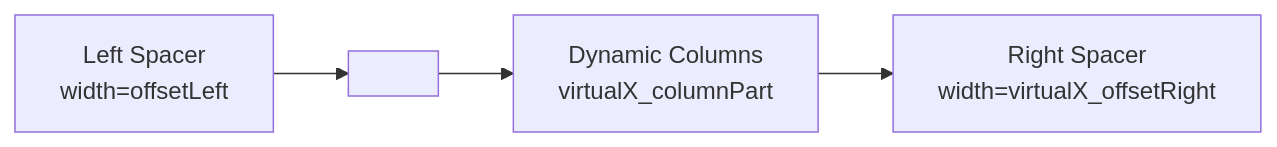
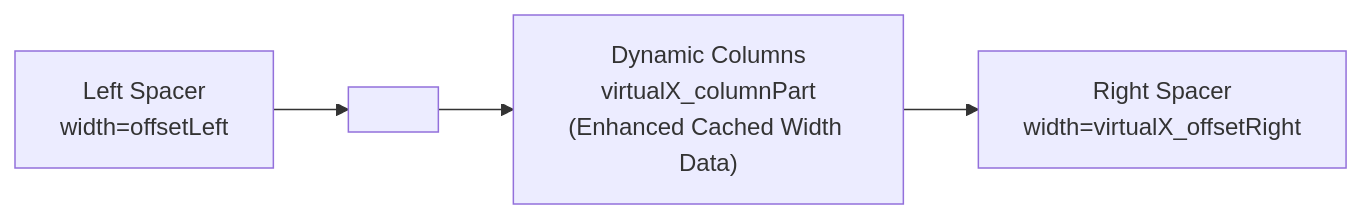
Before and after one commit to ja-plus/stk-table-vue: the eighth of 12 diagrams in .qoder/repowiki/en/content/Advanced Features/Virtual Scrolling/Horizontal Virtual Scrolling.md, drawn with Mermaid. The commit also changed other lines of this file and 7 other files, not shown here.

````diff
--- a/.qoder/repowiki/en/content/Advanced Features/Virtual Scrolling/Horizontal Virtual Scrolling.md
+++ b/.qoder/repowiki/en/content/Advanced Features/Virtual Scrolling/Horizontal Virtual Scrolling.md
@@ -166,6 +309,6 @@
 ```mermaid
 graph LR
 LSp["Left Spacer<br/>width=offsetLeft"] --> Head["<thead>"]
-Head --> Dyn["Dynamic Columns<br/>virtualX_columnPart"]
+Head --> Dyn["Dynamic Columns<br/>virtualX_columnPart<br/>(Enhanced Cached Width Data)"]
 Dyn --> RSp["Right Spacer<br/>width=virtualX_offsetRight"]
 ```
````
